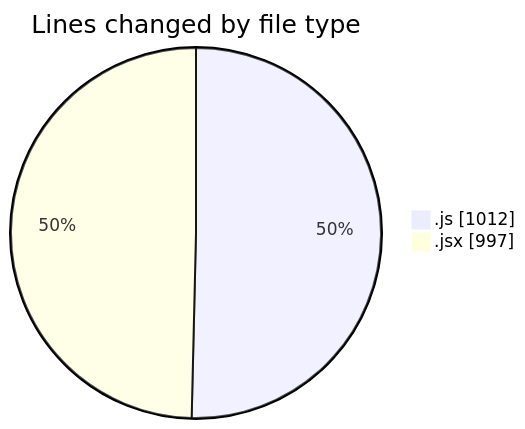
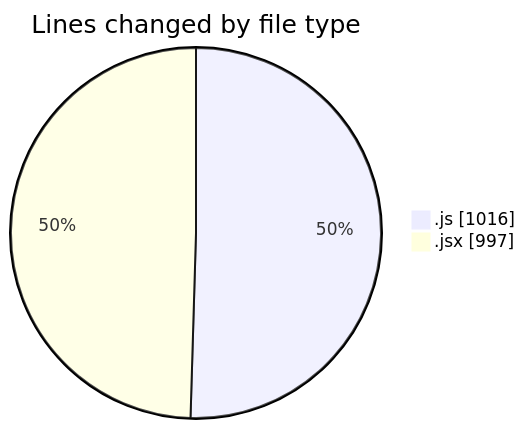
One commit to nxtqubesakshisongat/code-tracking changed the first of 2 diagrams in 2025-04-08/nxtqube_webapp/README.md. Above: the diagram before and after it, drawn with Mermaid. The commit also changed other lines of this file and 1 other file, not shown here.

````diff
--- a/2025-04-08/nxtqube_webapp/README.md
+++ b/2025-04-08/nxtqube_webapp/README.md
@@ -24,6 +24,6 @@
 ```mermaid
 pie showData
 title Lines changed by file type
-".js" : 1012
+".js" : 1016
 ".jsx" : 997
 ```
````
